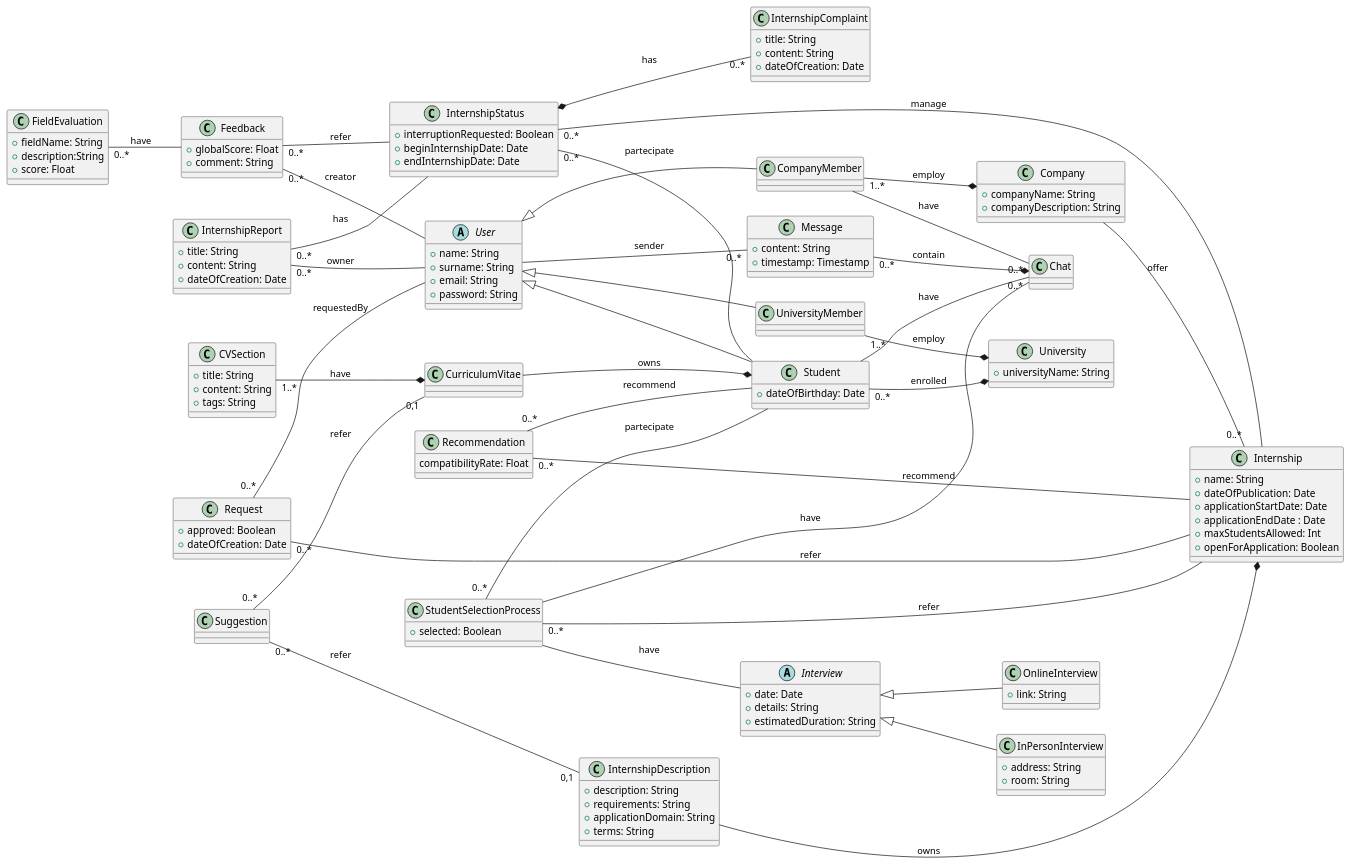
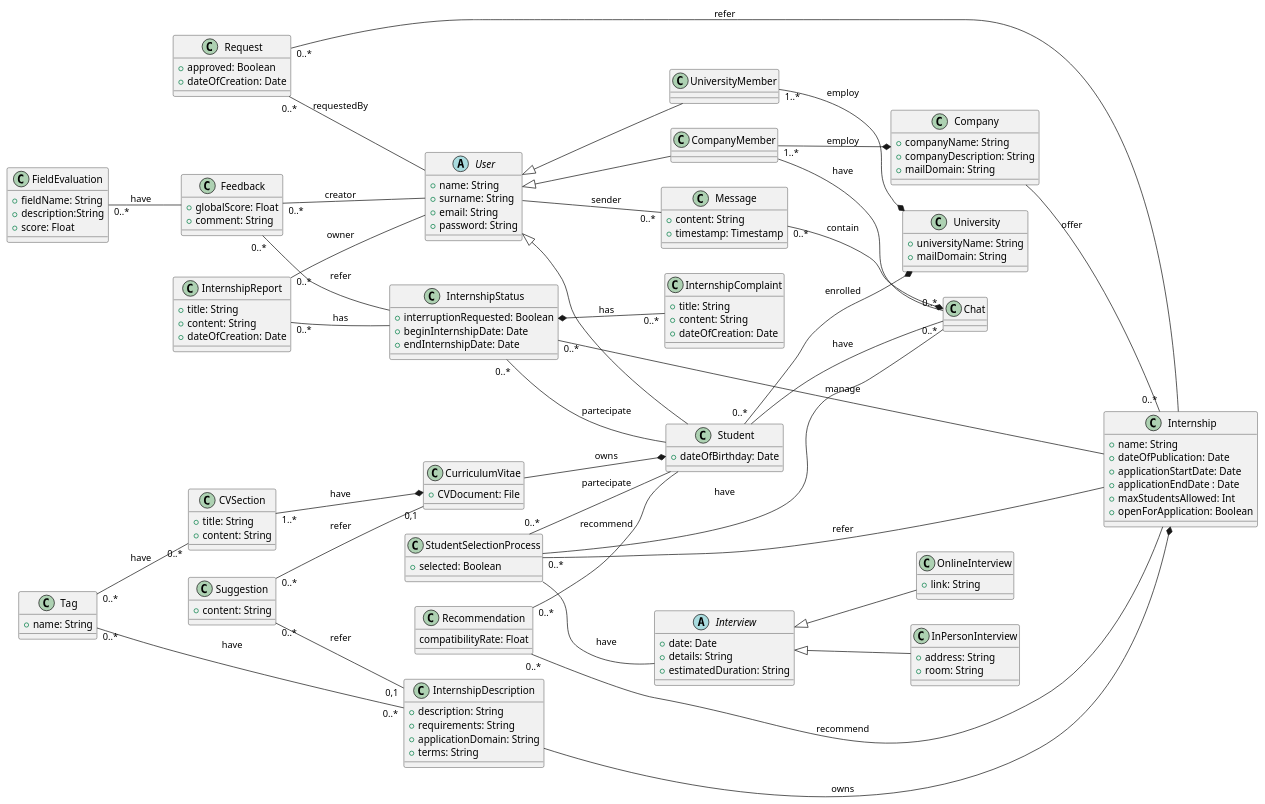
Before and after one commit to matti8702/R_and_DD_project_SE2: the diagram in RASD/Overall_description/uml_diagrams/uml.puml, drawn with PlantUML. The commit also changed other lines of this file and 1 other file, not shown here.

Commit message:
feat: refine class-diagram and domain assumptions

```diff
--- a/RASD/Overall_description/uml_diagrams/uml.puml
+++ b/RASD/Overall_description/uml_diagrams/uml.puml
@@ -1,161 +1,167 @@
 @startuml uml
 left to right direction
 
 abstract class User{
     + name: String
     + surname: String
     + email: String
     + password: String
 }
 
 class Student extends User{
     + dateOfBirthday: Date
 }
 Student "0..*" --* University : enrolled
 
 class CompanyMember extends User{
 
 }
 CompanyMember "1..*" --* Company : employ
 
 class UniversityMember extends User{
 
 }
 UniversityMember "1..*" --* University : employ
 
 class University{
     + universityName: String 
+    + mailDomain: String
 }
 
 class Company{
     + companyName: String
     + companyDescription: String
+    + mailDomain: String
 }
 
 class Internship{
     + name: String
     + dateOfPublication: Date
     + applicationStartDate: Date
     + applicationEndDate : Date
     + maxStudentsAllowed: Int
     + openForApplication: Boolean
 }
 Company -- "0..*" Internship : offer
 
 class InternshipDescription{
     + description: String
     + requirements: String
     + applicationDomain: String
     + terms: String
 }
 InternshipDescription --* Internship : owns
 
 class InternshipStatus{
     + interruptionRequested: Boolean
     + beginInternshipDate: Date
     + endInternshipDate: Date
 }
 InternshipStatus "0..*" -- Student : partecipate
 InternshipStatus "0..*" -- Internship : manage
 InternshipStatus *-- "0..*" InternshipComplaint : has
 
 class InternshipComplaint{
     + title: String
     + content: String
     + dateOfCreation: Date
 }
 
 class InternshipReport{
     + title: String
     + content: String
     + dateOfCreation: Date
 }
 InternshipReport "0..*" -- InternshipStatus : has
 InternshipReport "0..*" -- User : owner
 
 class Request{
     + approved: Boolean 
     + dateOfCreation: Date
 }
 Request "0..*" -- Internship : refer
 Request "0..*" -- User : requestedBy
 
 class StudentSelectionProcess{
     + selected: Boolean
 }
 
 StudentSelectionProcess "0..*" -- Student : partecipate
 StudentSelectionProcess "0..*" -- Internship : refer
 StudentSelectionProcess -- Chat : have
 StudentSelectionProcess -- Interview : have
 
 abstract class Interview{
     + date: Date
     + details: String
     + estimatedDuration: String
 }
 
 class OnlineInterview extends Interview{
     + link: String
 }
 
 class InPersonInterview extends Interview{
     + address: String
     + room: String
 }
 
 class Feedback {
     + globalScore: Float
     + comment: String
 }
 
 Feedback "0..*" -- InternshipStatus : refer
 Feedback "0..*" -- User : creator
 
 class FieldEvaluation{
     + fieldName: String
     + description:String
     + score: Float
 }
 FieldEvaluation "0..*" -- Feedback : have
 
 class Suggestion{
-
+    + content: String
 }
 Suggestion "0..*" -- "0,1" CurriculumVitae : refer
 Suggestion "0..*" -- "0,1" InternshipDescription : refer
 
 class Recommendation{
     compatibilityRate: Float
 }
 Recommendation "0..*" -- Internship : recommend
 Recommendation "0..*" -- Student : recommend
 
 class Chat{
-
 }
 
 class Message{
     + content: String
     + timestamp: Timestamp
 }
 
 User -- "0..*"  Message : sender
 
 Message "0..*" --* Chat : contain
 Student -- "0..*"  Chat : have
 CompanyMember -- "0..*"  Chat : have
 
 class CurriculumVitae{
-
+    + CVDocument: File
 }
 CurriculumVitae --* Student : owns
 
 class CVSection{
     + title: String
     + content: String
-    + tags: String
 }
 CVSection "1..*" --* CurriculumVitae : have
 
+class Tag{
+    + name: String
+}
+Tag "0..*" -- "0..*" CVSection : have
+Tag "0..*" -- "0..*" InternshipDescription : have
+
 @enduml
```
